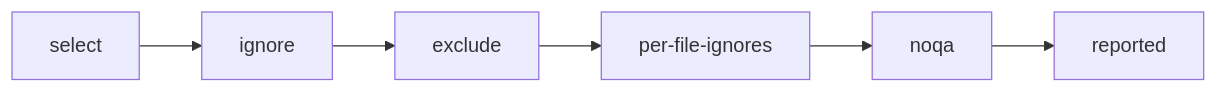
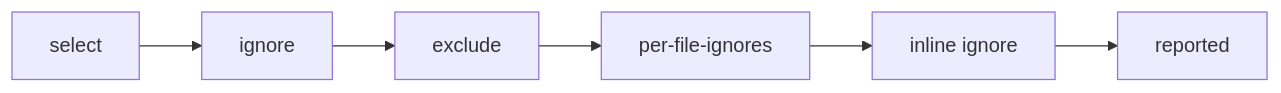
One commit to lanorme/lanorme changed the diagram in docs/how-to/configure-checks.md. Above: the diagram before and after it, drawn with Mermaid. The commit also changed other lines of this file and 8 other files, not shown here.

First line of the commit message:
Add ruff-safe `# lanorme: ignore[...]` inline suppression directive

````diff
--- a/docs/how-to/configure-checks.md
+++ b/docs/how-to/configure-checks.md
@@ -12,8 +12,8 @@
 ```mermaid
 flowchart LR
     A[select] --> B[ignore]
     B --> C[exclude]
     C --> D[per-file-ignores]
-    D --> E[noqa]
+    D --> E[inline ignore]
     E --> F[reported]
 ```
````
